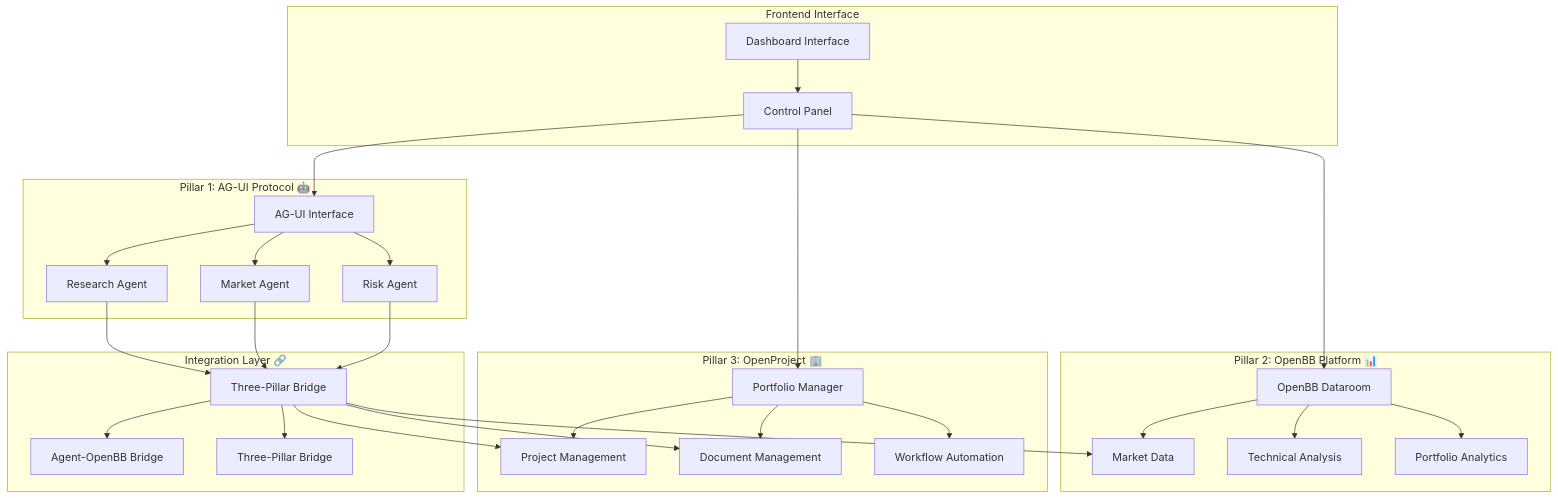
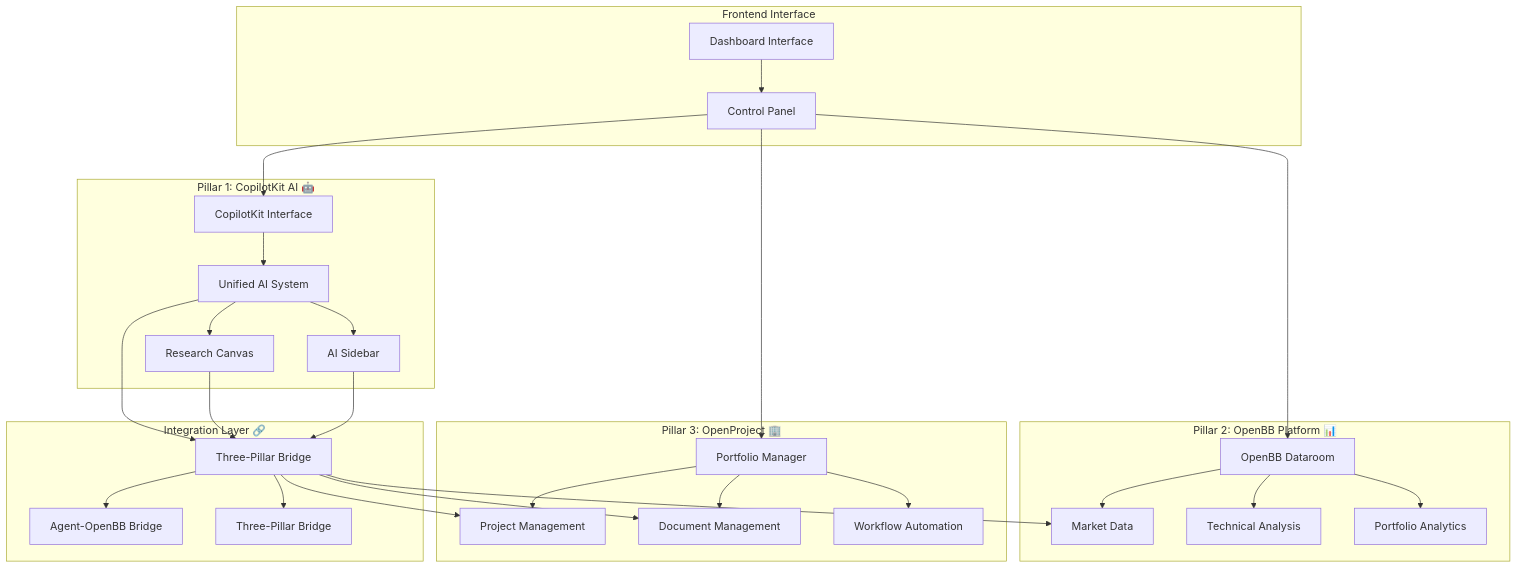
Before and after one commit to Marvin-Cypher/RedpillAI: the diagram in THREE_PILLAR_ARCHITECTURE_COMPLETE.md, drawn with Mermaid. The commit also changed other lines of this file and 33 other files, not shown here.

First line of the commit message:
Update documentation to reflect CopilotKit architecture and clean up redundant files

````diff
--- a/THREE_PILLAR_ARCHITECTURE_COMPLETE.md
+++ b/THREE_PILLAR_ARCHITECTURE_COMPLETE.md
@@ -17,57 +17,57 @@
 ```mermaid
 graph TB
     subgraph "Frontend Interface"
         UI[Dashboard Interface]
         CTRL[Control Panel]
         UI --> CTRL
     end
     
-    subgraph "Pillar 1: AG-UI Protocol 🤖"
-        AGUI[AG-UI Interface]
-        RA[Research Agent]
-        MA[Market Agent] 
-        RiA[Risk Agent]
-        AGUI --> RA
-        AGUI --> MA
-        AGUI --> RiA
+    subgraph "Pillar 1: CopilotKit AI 🤖"
+        CK[CopilotKit Interface]
+        UA[Unified AI System]
+        RC[Research Canvas] 
+        AS[AI Sidebar]
+        CK --> UA
+        UA --> RC
+        UA --> AS
     end
     
     subgraph "Pillar 2: OpenBB Platform 📊"
         OBB[OpenBB Dataroom]
         MD[Market Data]
         TA[Technical Analysis]
         PA[Portfolio Analytics]
         OBB --> MD
         OBB --> TA
         OBB --> PA
     end
     
     subgraph "Pillar 3: OpenProject 🏢"
         OP[Portfolio Manager]
         PM[Project Management]
         DM[Document Management]
         WF[Workflow Automation]
         OP --> PM
         OP --> DM
         OP --> WF
     end
     
     subgraph "Integration Layer 🔗"
         Bridge[Three-Pillar Bridge]
         AOB[Agent-OpenBB Bridge]
         TPB[Three-Pillar Bridge]
         Bridge --> AOB
         Bridge --> TPB
     end
     
-    CTRL --> AGUI
+    CTRL --> CK
     CTRL --> OBB
     CTRL --> OP
     
-    RA --> Bridge
-    MA --> Bridge
-    RiA --> Bridge
+    UA --> Bridge
+    RC --> Bridge
+    AS --> Bridge
     Bridge --> MD
     Bridge --> PM
     Bridge --> DM
 ```
````
